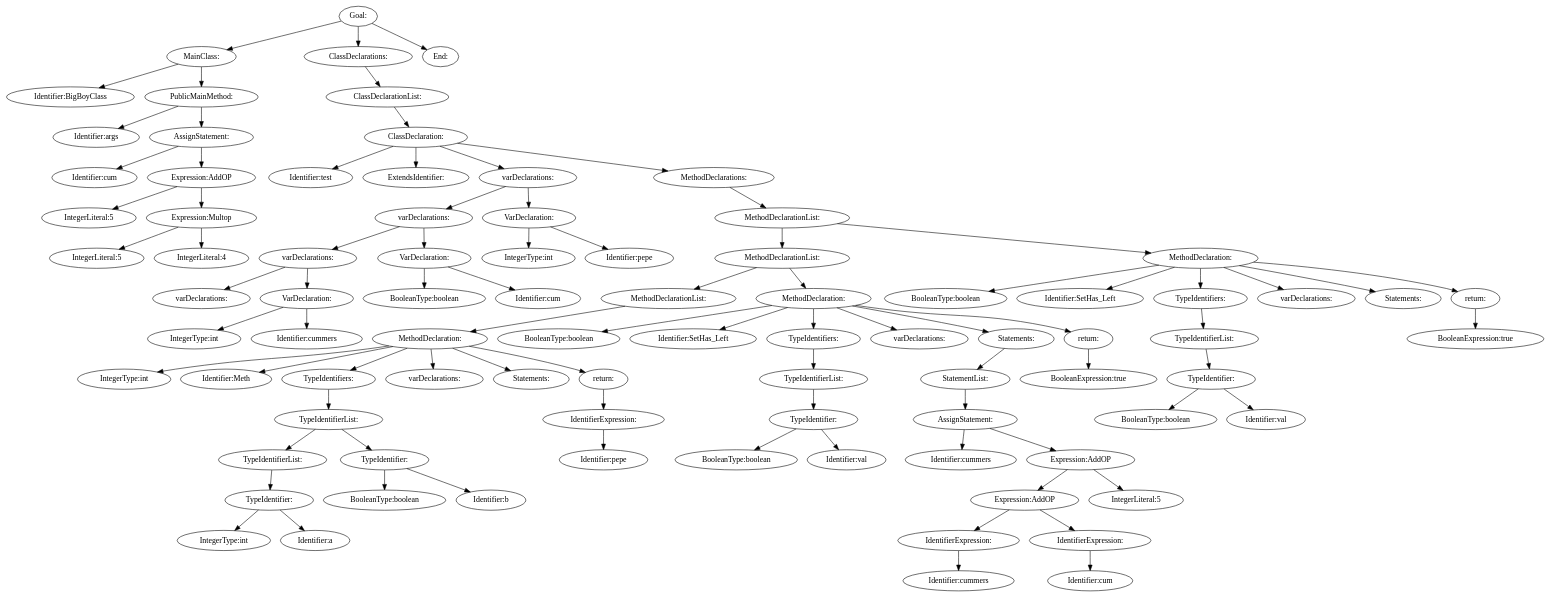
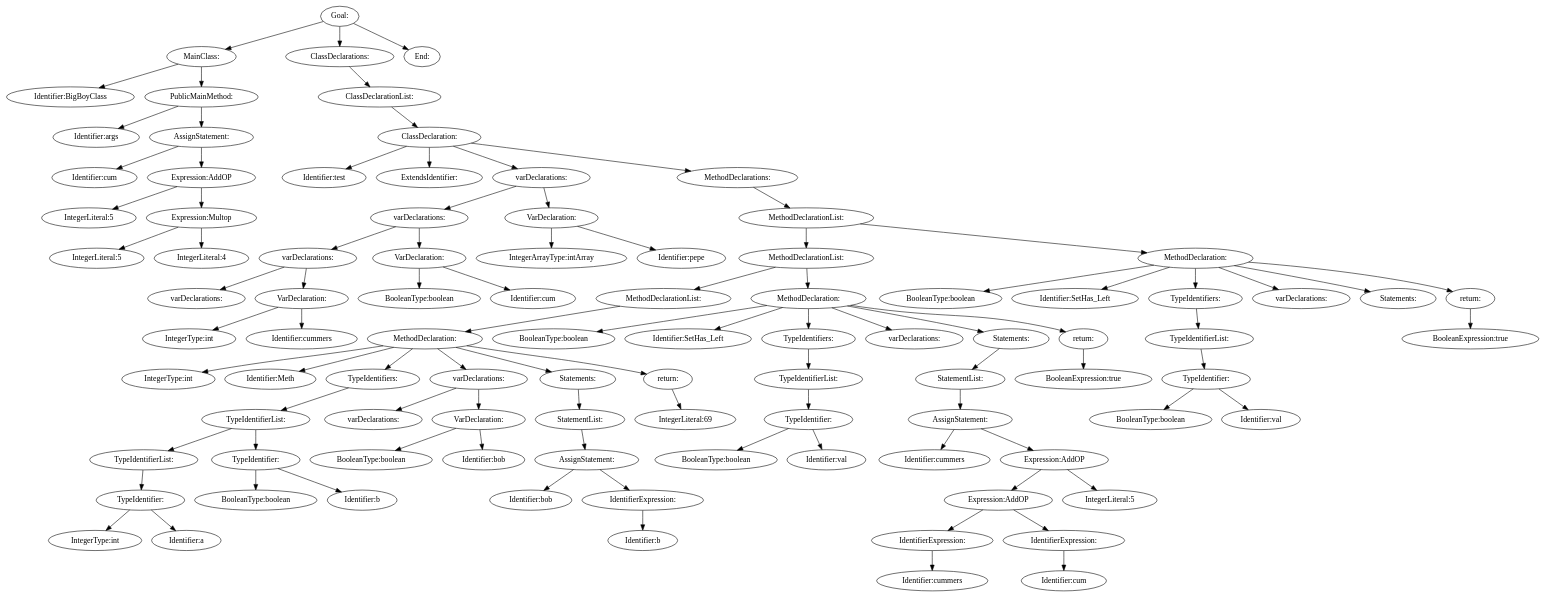
One commit to DingusDungus/kompilator2 changed the diagram in semantic/tree.dot. Above: the diagram before and after it, drawn with Graphviz. The commit also changed 4 other files, not shown here.

Commit message:
methodDeclaration checking almost done

```diff
--- a/semantic/tree.dot
+++ b/semantic/tree.dot
@@ -1,173 +1,189 @@
 digraph {
 n0 [label="Goal:"];
 n1 [label="MainClass:"];
 n2 [label="Identifier:BigBoyClass"];
 n1 -> n2
 n3 [label="PublicMainMethod:"];
 n4 [label="Identifier:args"];
 n3 -> n4
 n5 [label="AssignStatement:"];
 n6 [label="Identifier:cum"];
 n5 -> n6
 n7 [label="Expression:AddOP"];
 n8 [label="IntegerLiteral:5"];
 n7 -> n8
 n9 [label="Expression:Multop"];
 n10 [label="IntegerLiteral:5"];
 n9 -> n10
 n11 [label="IntegerLiteral:4"];
 n9 -> n11
 n7 -> n9
 n5 -> n7
 n3 -> n5
 n1 -> n3
 n0 -> n1
 n12 [label="ClassDeclarations:"];
 n13 [label="ClassDeclarationList:"];
 n14 [label="ClassDeclaration:"];
 n15 [label="Identifier:test"];
 n14 -> n15
 n16 [label="ExtendsIdentifier:"];
 n14 -> n16
 n17 [label="varDeclarations:"];
 n18 [label="varDeclarations:"];
 n19 [label="varDeclarations:"];
 n20 [label="varDeclarations:"];
 n19 -> n20
 n21 [label="VarDeclaration:"];
 n22 [label="IntegerType:int"];
 n21 -> n22
 n23 [label="Identifier:cummers"];
 n21 -> n23
 n19 -> n21
 n18 -> n19
 n24 [label="VarDeclaration:"];
 n25 [label="BooleanType:boolean"];
 n24 -> n25
 n26 [label="Identifier:cum"];
 n24 -> n26
 n18 -> n24
 n17 -> n18
 n27 [label="VarDeclaration:"];
-n28 [label="IntegerType:int"];
+n28 [label="IntegerArrayType:intArray"];
 n27 -> n28
 n29 [label="Identifier:pepe"];
 n27 -> n29
 n17 -> n27
 n14 -> n17
 n30 [label="MethodDeclarations:"];
 n31 [label="MethodDeclarationList:"];
 n32 [label="MethodDeclarationList:"];
 n33 [label="MethodDeclarationList:"];
 n34 [label="MethodDeclaration:"];
 n35 [label="IntegerType:int"];
 n34 -> n35
 n36 [label="Identifier:Meth"];
 n34 -> n36
 n37 [label="TypeIdentifiers:"];
 n38 [label="TypeIdentifierList:"];
 n39 [label="TypeIdentifierList:"];
 n40 [label="TypeIdentifier:"];
 n41 [label="IntegerType:int"];
 n40 -> n41
 n42 [label="Identifier:a"];
 n40 -> n42
 n39 -> n40
 n38 -> n39
 n43 [label="TypeIdentifier:"];
 n44 [label="BooleanType:boolean"];
 n43 -> n44
 n45 [label="Identifier:b"];
 n43 -> n45
 n38 -> n43
 n37 -> n38
 n34 -> n37
 n46 [label="varDeclarations:"];
+n47 [label="varDeclarations:"];
+n46 -> n47
+n48 [label="VarDeclaration:"];
+n49 [label="BooleanType:boolean"];
+n48 -> n49
+n50 [label="Identifier:bob"];
+n48 -> n50
+n46 -> n48
 n34 -> n46
-n47 [label="Statements:"];
-n34 -> n47
-n48 [label="return:"];
-n49 [label="IdentifierExpression:"];
-n50 [label="Identifier:pepe"];
-n49 -> n50
-n48 -> n49
-n34 -> n48
+n51 [label="Statements:"];
+n52 [label="StatementList:"];
+n53 [label="AssignStatement:"];
+n54 [label="Identifier:bob"];
+n53 -> n54
+n55 [label="IdentifierExpression:"];
+n56 [label="Identifier:b"];
+n55 -> n56
+n53 -> n55
+n52 -> n53
+n51 -> n52
+n34 -> n51
+n57 [label="return:"];
+n58 [label="IntegerLiteral:69"];
+n57 -> n58
+n34 -> n57
 n33 -> n34
 n32 -> n33
-n51 [label="MethodDeclaration:"];
-n52 [label="BooleanType:boolean"];
-n51 -> n52
-n53 [label="Identifier:SetHas_Left"];
-n51 -> n53
-n54 [label="TypeIdentifiers:"];
-n55 [label="TypeIdentifierList:"];
-n56 [label="TypeIdentifier:"];
-n57 [label="BooleanType:boolean"];
-n56 -> n57
-n58 [label="Identifier:val"];
-n56 -> n58
-n55 -> n56
-n54 -> n55
-n51 -> n54
-n59 [label="varDeclarations:"];
-n51 -> n59
-n60 [label="Statements:"];
-n61 [label="StatementList:"];
-n62 [label="AssignStatement:"];
-n63 [label="Identifier:cummers"];
+n59 [label="MethodDeclaration:"];
+n60 [label="BooleanType:boolean"];
+n59 -> n60
+n61 [label="Identifier:SetHas_Left"];
+n59 -> n61
+n62 [label="TypeIdentifiers:"];
+n63 [label="TypeIdentifierList:"];
+n64 [label="TypeIdentifier:"];
+n65 [label="BooleanType:boolean"];
+n64 -> n65
+n66 [label="Identifier:val"];
+n64 -> n66
+n63 -> n64
 n62 -> n63
-n64 [label="Expression:AddOP"];
-n65 [label="Expression:AddOP"];
-n66 [label="IdentifierExpression:"];
-n67 [label="Identifier:cummers"];
-n66 -> n67
-n65 -> n66
-n68 [label="IdentifierExpression:"];
-n69 [label="Identifier:cum"];
-n68 -> n69
-n65 -> n68
-n64 -> n65
-n70 [label="IntegerLiteral:5"];
-n64 -> n70
-n62 -> n64
-n61 -> n62
-n60 -> n61
-n51 -> n60
-n71 [label="return:"];
-n72 [label="BooleanExpression:true"];
-n71 -> n72
-n51 -> n71
-n32 -> n51
-n31 -> n32
-n73 [label="MethodDeclaration:"];
-n74 [label="BooleanType:boolean"];
+n59 -> n62
+n67 [label="varDeclarations:"];
+n59 -> n67
+n68 [label="Statements:"];
+n69 [label="StatementList:"];
+n70 [label="AssignStatement:"];
+n71 [label="Identifier:cummers"];
+n70 -> n71
+n72 [label="Expression:AddOP"];
+n73 [label="Expression:AddOP"];
+n74 [label="IdentifierExpression:"];
+n75 [label="Identifier:cummers"];
+n74 -> n75
 n73 -> n74
-n75 [label="Identifier:SetHas_Left"];
-n73 -> n75
-n76 [label="TypeIdentifiers:"];
-n77 [label="TypeIdentifierList:"];
-n78 [label="TypeIdentifier:"];
-n79 [label="BooleanType:boolean"];
-n78 -> n79
-n80 [label="Identifier:val"];
-n78 -> n80
-n77 -> n78
+n76 [label="IdentifierExpression:"];
+n77 [label="Identifier:cum"];
 n76 -> n77
 n73 -> n76
-n81 [label="varDeclarations:"];
-n73 -> n81
-n82 [label="Statements:"];
-n73 -> n82
-n83 [label="return:"];
-n84 [label="BooleanExpression:true"];
-n83 -> n84
-n73 -> n83
-n31 -> n73
+n72 -> n73
+n78 [label="IntegerLiteral:5"];
+n72 -> n78
+n70 -> n72
+n69 -> n70
+n68 -> n69
+n59 -> n68
+n79 [label="return:"];
+n80 [label="BooleanExpression:true"];
+n79 -> n80
+n59 -> n79
+n32 -> n59
+n31 -> n32
+n81 [label="MethodDeclaration:"];
+n82 [label="BooleanType:boolean"];
+n81 -> n82
+n83 [label="Identifier:SetHas_Left"];
+n81 -> n83
+n84 [label="TypeIdentifiers:"];
+n85 [label="TypeIdentifierList:"];
+n86 [label="TypeIdentifier:"];
+n87 [label="BooleanType:boolean"];
+n86 -> n87
+n88 [label="Identifier:val"];
+n86 -> n88
+n85 -> n86
+n84 -> n85
+n81 -> n84
+n89 [label="varDeclarations:"];
+n81 -> n89
+n90 [label="Statements:"];
+n81 -> n90
+n91 [label="return:"];
+n92 [label="BooleanExpression:true"];
+n91 -> n92
+n81 -> n91
+n31 -> n81
 n30 -> n31
 n14 -> n30
 n13 -> n14
 n12 -> n13
 n0 -> n12
-n85 [label="End:"];
-n0 -> n85
+n93 [label="End:"];
+n0 -> n93
 }
```
